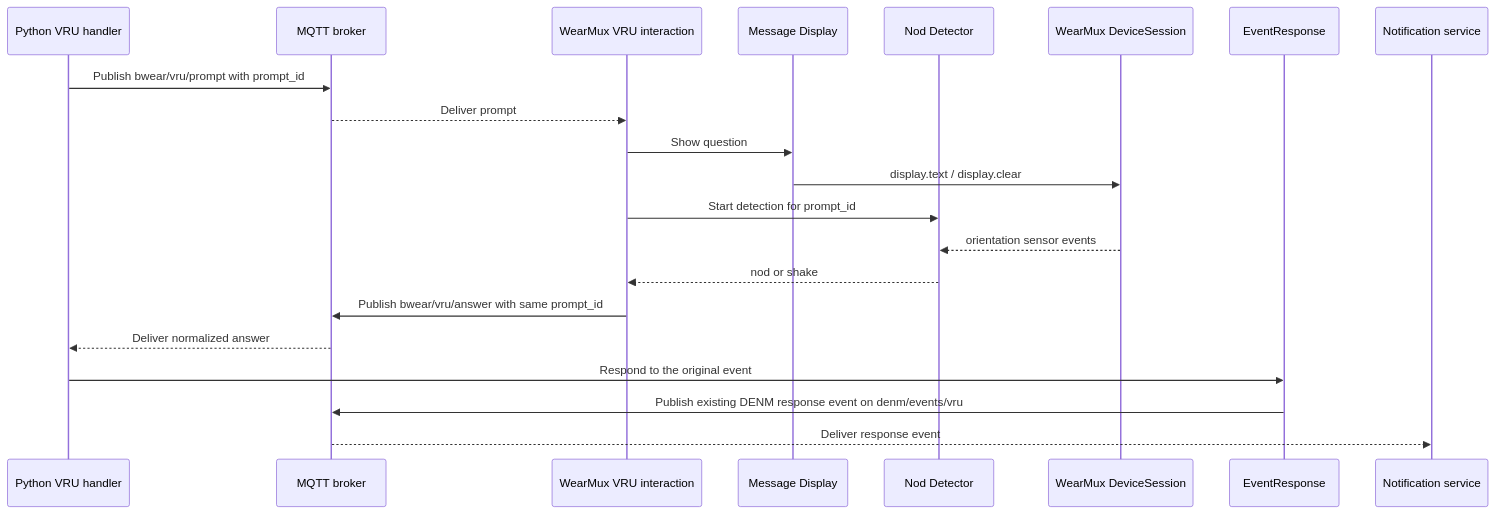
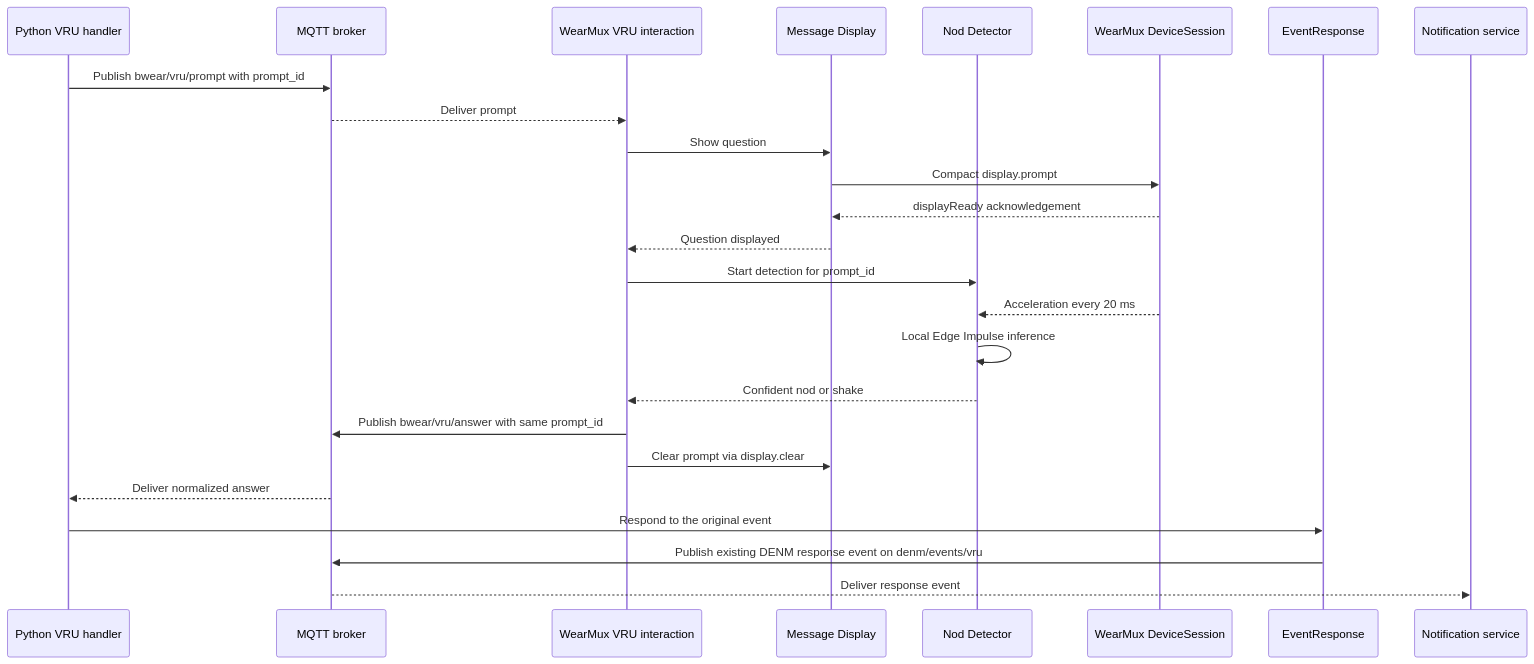
Before and after one commit to nap-it/wearmux-headless: the diagram in README.md, drawn with Mermaid. The commit also changed other lines of this file and 9 other files, not shown here.

````diff
--- a/README.md
+++ b/README.md
@@ -189,24 +190,28 @@
 ```mermaid
 sequenceDiagram
     participant H as Python VRU handler
     participant B as MQTT broker
     participant I as WearMux VRU interaction
     participant D as Message Display
     participant N as Nod Detector
     participant S as WearMux DeviceSession
     participant E as EventResponse
     participant T as Notification service
 
     H->>B: Publish bwear/vru/prompt with prompt_id
     B-->>I: Deliver prompt
     I->>D: Show question
-    D->>S: display.text / display.clear
+    D->>S: Compact display.prompt
+    S-->>D: displayReady acknowledgement
+    D-->>I: Question displayed
     I->>N: Start detection for prompt_id
-    S-->>N: orientation sensor events
-    N-->>I: nod or shake
+    S-->>N: Acceleration every 20 ms
+    N->>N: Local Edge Impulse inference
+    N-->>I: Confident nod or shake
     I->>B: Publish bwear/vru/answer with same prompt_id
+    I->>D: Clear prompt via display.clear
     B-->>H: Deliver normalized answer
     H->>E: Respond to the original event
     E->>B: Publish existing DENM response event on denm/events/vru
     B-->>T: Deliver response event
 ```
````
